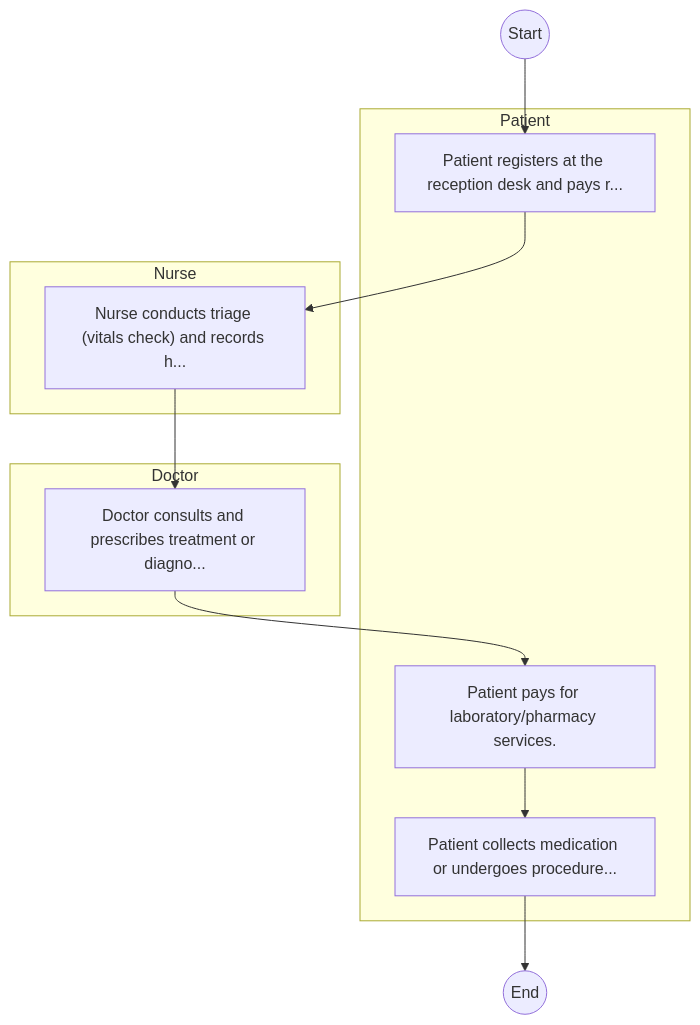
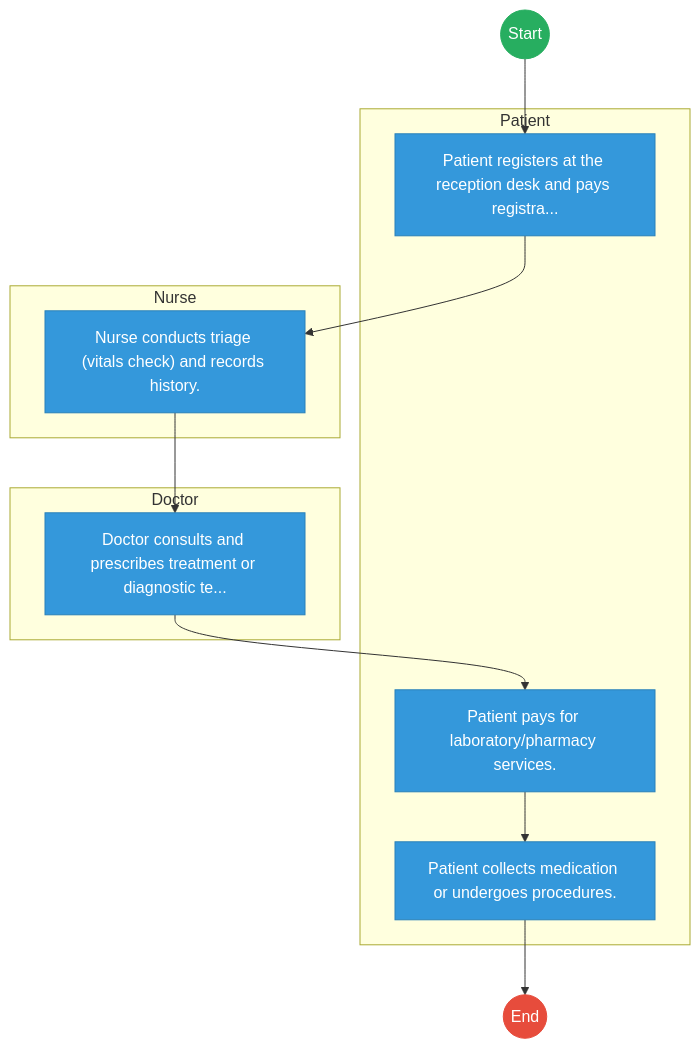
Before and after one commit to BITZ-IT-Consulting-LTD/ictapoc: the first of 2 diagrams in mdas/docs_final/Kenyatta_National_Hospital___Patient_Management.md, drawn with Mermaid. The commit also changed other lines of this file and 461 other files, not shown here.

````diff
--- a/mdas/docs_final/Kenyatta_National_Hospital___Patient_Management.md
+++ b/mdas/docs_final/Kenyatta_National_Hospital___Patient_Management.md
@@ -20,20 +20,32 @@
 ```mermaid
 graph TD
     Start((Start)) --> S1
+
     subgraph Patient [Patient]
-        S1["Patient registers at the reception desk and pays r..."]
+        S1["Patient registers at the reception desk and pays registra..."]
         S4["Patient pays for laboratory/pharmacy services."]
-        S5["Patient collects medication or undergoes procedure..."]
+        S5["Patient collects medication or undergoes procedures."]
     end
+
     subgraph Nurse [Nurse]
-        S2["Nurse conducts triage (vitals check) and records h..."]
+        S2["Nurse conducts triage (vitals check) and records history."]
     end
+
     subgraph Doctor [Doctor]
-        S3["Doctor consults and prescribes treatment or diagno..."]
+        S3["Doctor consults and prescribes treatment or diagnostic te..."]
     end
     S1 --> S2
     S2 --> S3
     S3 --> S4
     S4 --> S5
     S5 --> End((End))
+
+    classDef start fill:#27ae60,stroke:#27ae60,color:#fff;
+    classDef endNode fill:#e74c3c,stroke:#e74c3c,color:#fff;
+    classDef userTask fill:#3498db,stroke:#2980b9,color:#fff;
+    classDef serviceTask fill:#9b59b6,stroke:#8e44ad,color:#fff;
+
+    class Start start;
+    class End endNode;
+    class S1,S2,S3,S4,S5 userTask;
 ```
````
